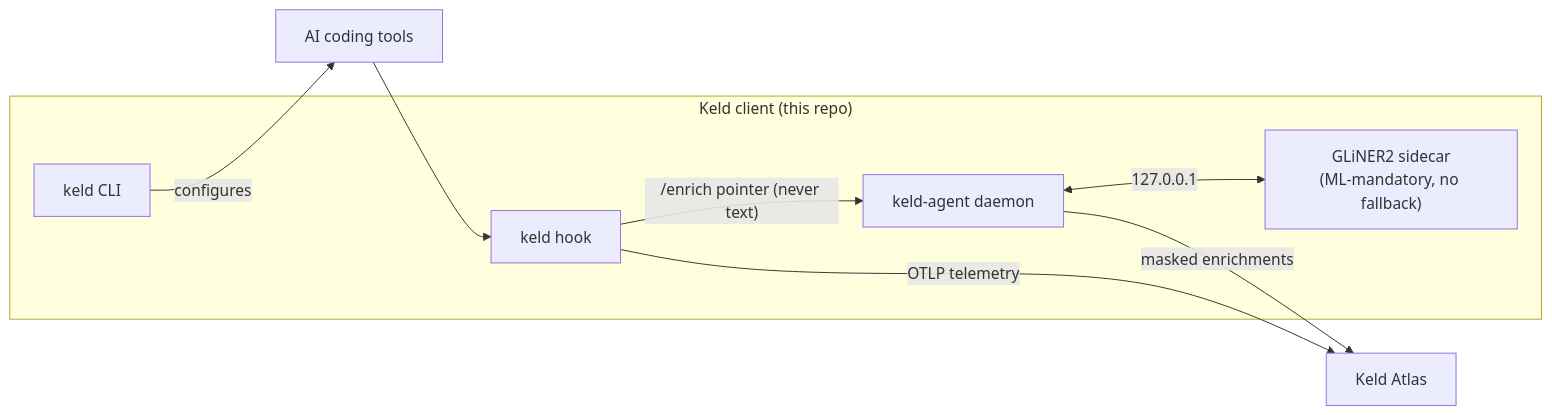
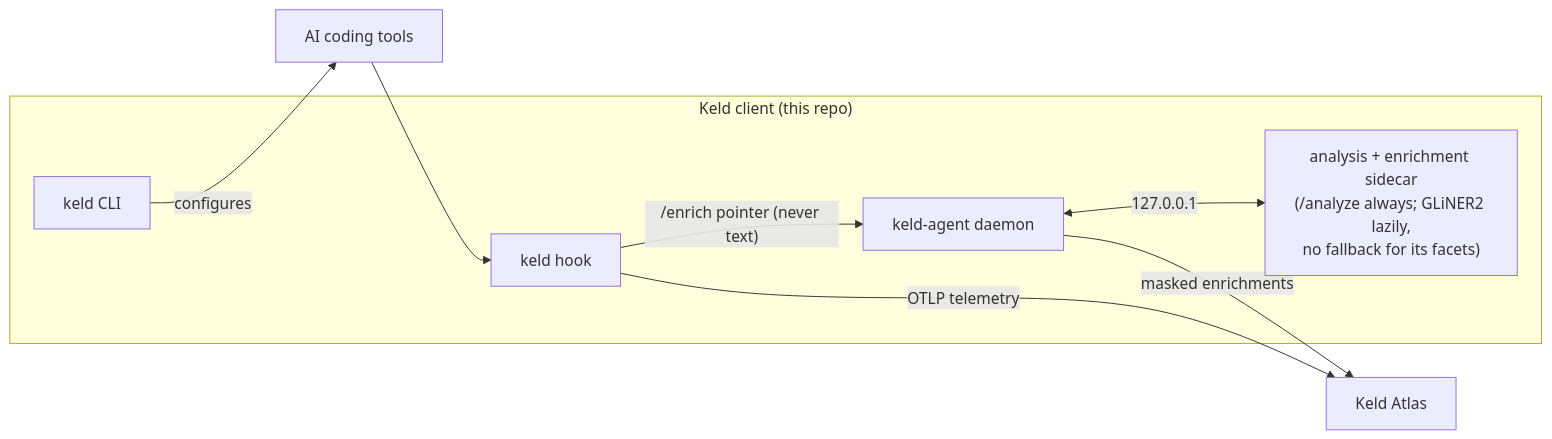
Before and after one commit to ncx-ai/keld-signal: the diagram in AGENTS.md, drawn with Mermaid. The commit also changed other lines of this file and 1 other file, not shown here.

````diff
--- a/AGENTS.md
+++ b/AGENTS.md
@@ -18,17 +18,17 @@
 ```mermaid
 flowchart LR
   Tools["AI coding tools"]
   subgraph Client["Keld client (this repo)"]
     CLI["keld CLI"]
     Hook["keld hook"]
     Agent["keld-agent daemon"]
-    Sidecar["GLiNER2 sidecar<br/>(ML-mandatory, no fallback)"]
+    Sidecar["analysis + enrichment sidecar<br/>(/analyze always; GLiNER2 lazily,<br/>no fallback for its facets)"]
   end
   Atlas["Keld Atlas"]
   CLI -->|configures| Tools
   Tools --> Hook
   Hook -->|OTLP telemetry| Atlas
   Hook -->|"/enrich pointer (never text)"| Agent
   Agent <-->|127.0.0.1| Sidecar
   Agent -->|masked enrichments| Atlas
 ```
````
